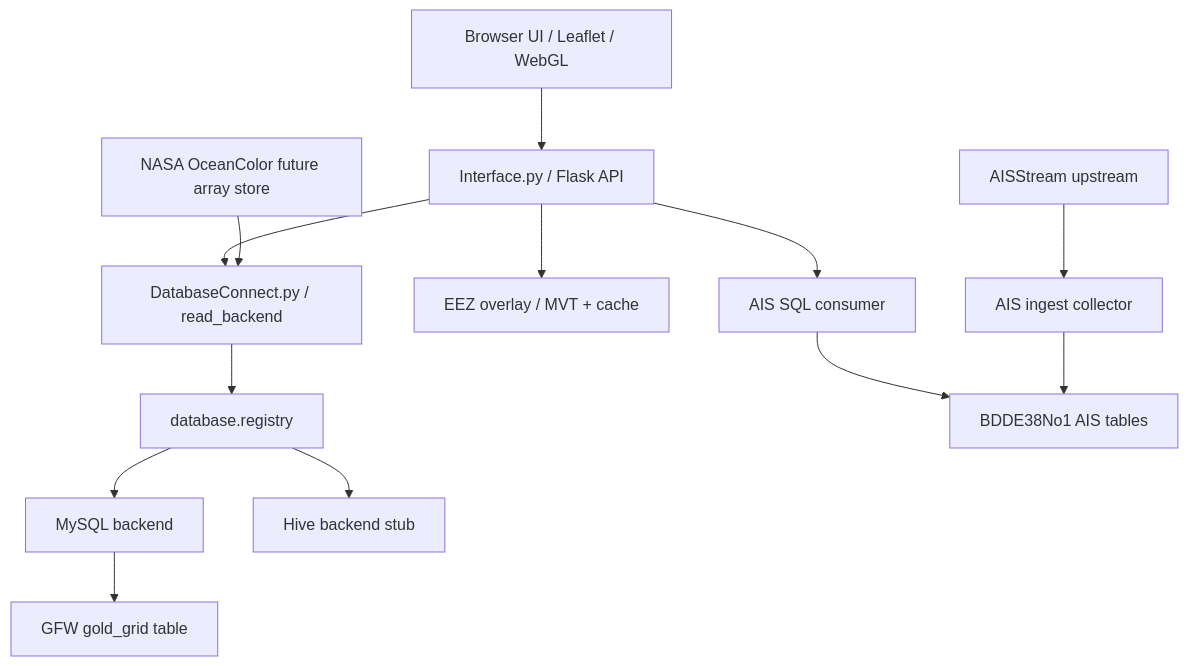
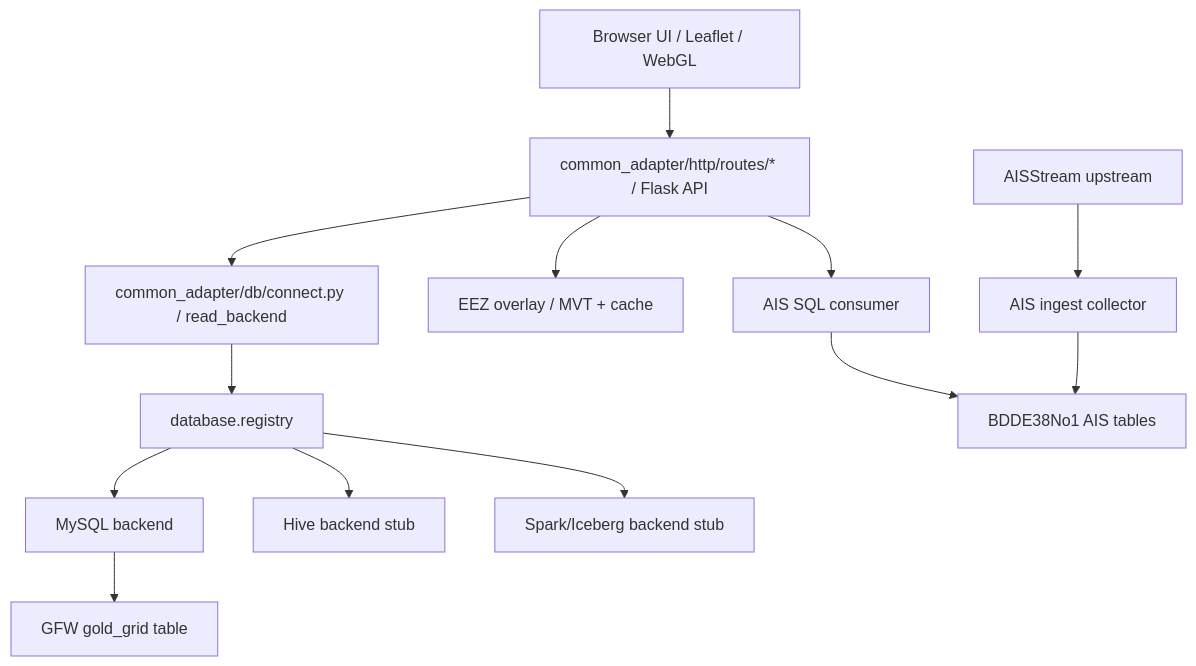
The first of 4 diagrams in README.zh-TW.md (Kagamihara-Ruruka/gfw-flask-mysql-adapter), drawn with Mermaid before and after one commit. The commit also changed other lines of this file and 178 other files, not shown here.

Commit message:
Refactor common adapter and improve playback

````diff
--- a/README.zh-TW.md
+++ b/README.zh-TW.md
@@ -72,29 +78,29 @@
 ```mermaid
 flowchart TD
   UI["Browser UI / Leaflet / WebGL"]
-  API["Interface.py / Flask API"]
-  READ["DatabaseConnect.py / read_backend"]
+  API["common_adapter/http/routes/* / Flask API"]
+  READ["common_adapter/db/connect.py / read_backend"]
   REG["database.registry"]
   MYSQL["MySQL backend"]
   HIVE["Hive backend stub"]
+  SPARK["Spark/Iceberg backend stub"]
   EEZ["EEZ overlay / MVT + cache"]
   AISREAD["AIS SQL consumer"]
   AISCOLLECT["AIS ingest collector"]
   AISUP["AISStream upstream"]
   SQLAIS["BDDE38No1 AIS tables"]
   GFW["GFW gold_grid table"]
-  NASA["NASA OceanColor future array store"]
 
   UI --> API
   API --> READ
   READ --> REG
   REG --> MYSQL
   REG --> HIVE
+  REG --> SPARK
   MYSQL --> GFW
   API --> EEZ
   API --> AISREAD
   AISREAD --> SQLAIS
   AISUP --> AISCOLLECT
   AISCOLLECT --> SQLAIS
-  NASA --> READ
 ```
````
